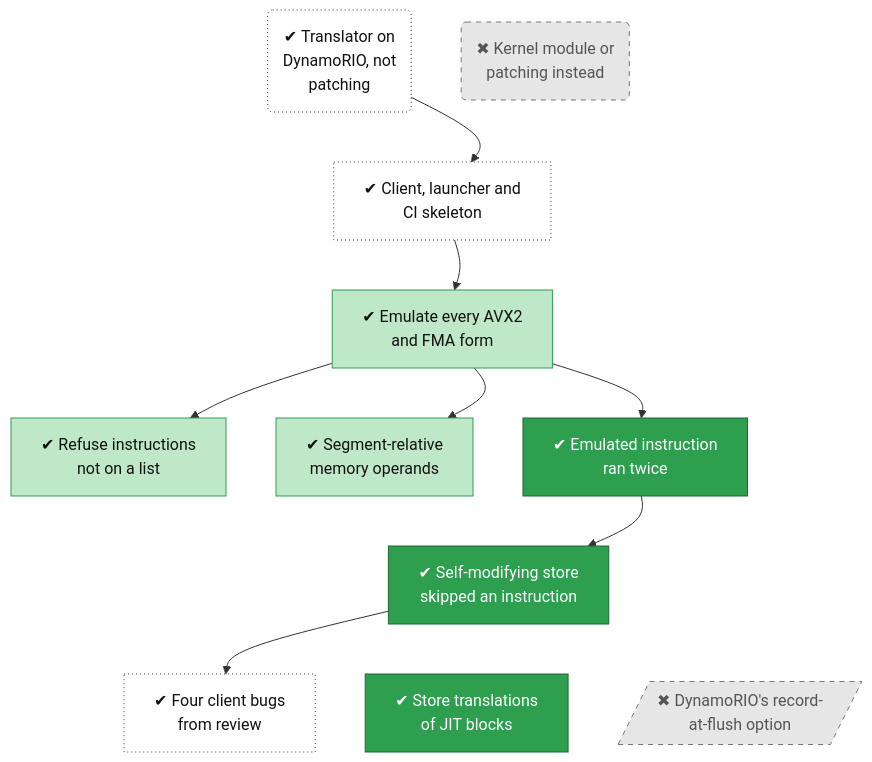
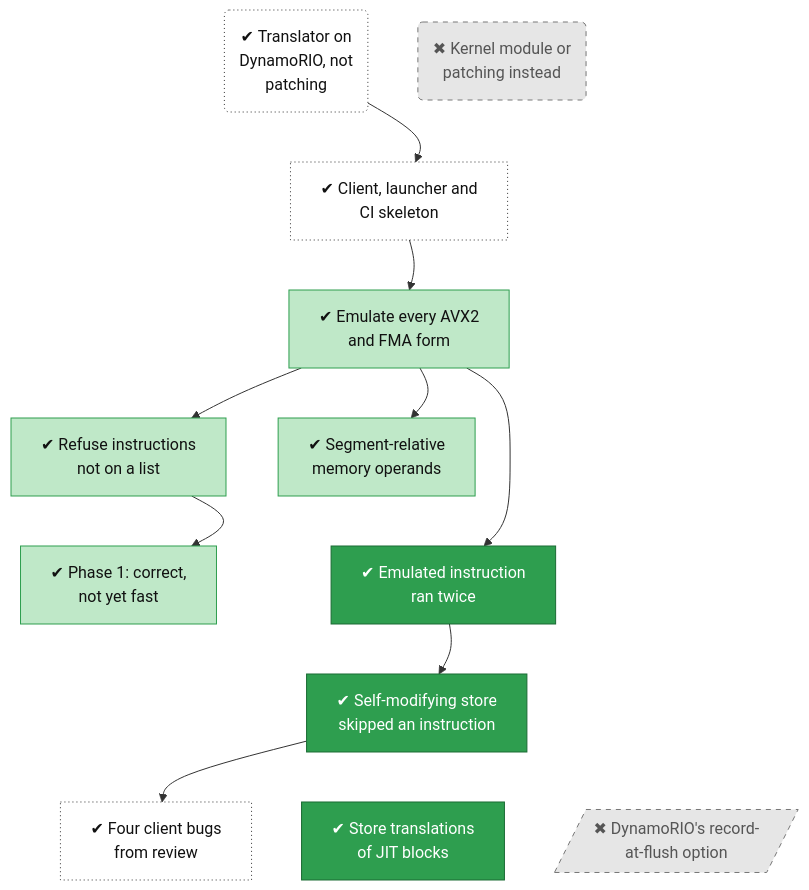
Before and after one commit to lhns/v3compat: the diagram in docs/roadmap/tracks/client.md, drawn with Mermaid. The commit also changed other lines of this file and 10 other files, not shown here.

First line of the commit message:
Roadmap: phase gates, forward work and an overview spine

````diff
--- a/docs/roadmap/tracks/client.md
+++ b/docs/roadmap/tracks/client.md
@@ -10,51 +10,53 @@
 ```mermaid
 flowchart TB
     client_design("✔ Translator on<br/>DynamoRIO, not<br/>patching")
     client_kernel_module("✖ Kernel module or<br/>patching instead")
     client_scaffold["✔ Client, launcher and<br/>CI skeleton"]
     client_forms["✔ Emulate every AVX2<br/>and FMA form"]
     client_allowlist["✔ Refuse instructions<br/>not on a list"]
     client_seg_operands["✔ Segment-relative<br/>memory operands"]
+    client_phase1_gate["✔ Phase 1: correct,<br/>not yet fast"]
     client_block_end["✔ Emulated instruction<br/>ran twice"]
     client_seq_rwx["✔ Self-modifying store<br/>skipped an instruction"]
     client_review_bugs["✔ Four client bugs<br/>from review"]
     client_store_xl8["✔ Store translations<br/>of JIT blocks"]
     client_safe_translate_flushed[/"✖ DynamoRIO's record-<br/>at-flush option"/]
     client_design ~~~ client_scaffold
     client_kernel_module ~~~ client_scaffold
     client_scaffold ~~~ client_forms
     client_forms ~~~ client_allowlist
     client_forms ~~~ client_seg_operands
-    client_forms ~~~ client_block_end
-    client_allowlist ~~~ client_seq_rwx
-    client_seg_operands ~~~ client_seq_rwx
+    client_allowlist ~~~ client_phase1_gate
+    client_seg_operands ~~~ client_block_end
+    client_phase1_gate ~~~ client_seq_rwx
     client_block_end ~~~ client_seq_rwx
     client_seq_rwx ~~~ client_review_bugs
     client_seq_rwx ~~~ client_store_xl8
     client_seq_rwx ~~~ client_safe_translate_flushed
     client_design --> client_scaffold
     client_scaffold --> client_forms
     client_forms --> client_allowlist
     client_forms --> client_seg_operands
+    client_allowlist --> client_phase1_gate
     client_forms --> client_block_end
     client_block_end --> client_seq_rwx
     client_seq_rwx --> client_review_bugs
     classDef vsucc fill:#2e9e4f,stroke:#1b6b34,color:#fff
     classDef succ fill:#bfe8c8,stroke:#2e9e4f,color:#111
     classDef mixed fill:#ffd37a,stroke:#c98a00,color:#111
     classDef bad fill:#f28b82,stroke:#b3261e,color:#111
     classDef dead fill:#e6e6e6,stroke:#777,stroke-dasharray:5 5,color:#555
     classDef inprog fill:#a8cdf5,stroke:#1f6fc5,color:#111
     classDef next fill:#fff,stroke:#333,color:#111
     classDef blocked fill:#fff,stroke:#b3261e,stroke-dasharray:2 2,color:#111
     classDef parked fill:#f3f3f3,stroke:#999,color:#555
     classDef unrated fill:#fff,stroke:#333,stroke-dasharray:1 3,color:#111
     classDef gate fill:#d9c2f0,stroke:#7b3fb5,color:#111
     classDef decided fill:#ece0f7,stroke:#7b3fb5,stroke-dasharray:2 2,color:#111
     classDef finding fill:#ffe0b2,stroke:#d84315,stroke-width:2px,color:#111
     classDef waiting fill:#e3f2fd,stroke:#1f6fc5,stroke-dasharray:5 5,color:#111
     class client_design,client_scaffold,client_review_bugs unrated
     class client_kernel_module,client_safe_translate_flushed dead
-    class client_forms,client_allowlist,client_seg_operands succ
+    class client_forms,client_allowlist,client_seg_operands,client_phase1_gate succ
     class client_block_end,client_seq_rwx,client_store_xl8 vsucc
 ```
````
